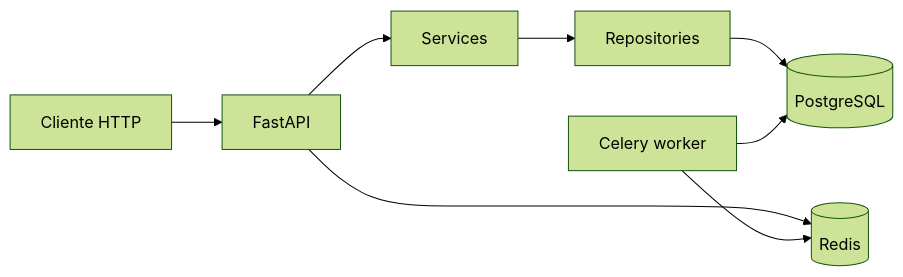
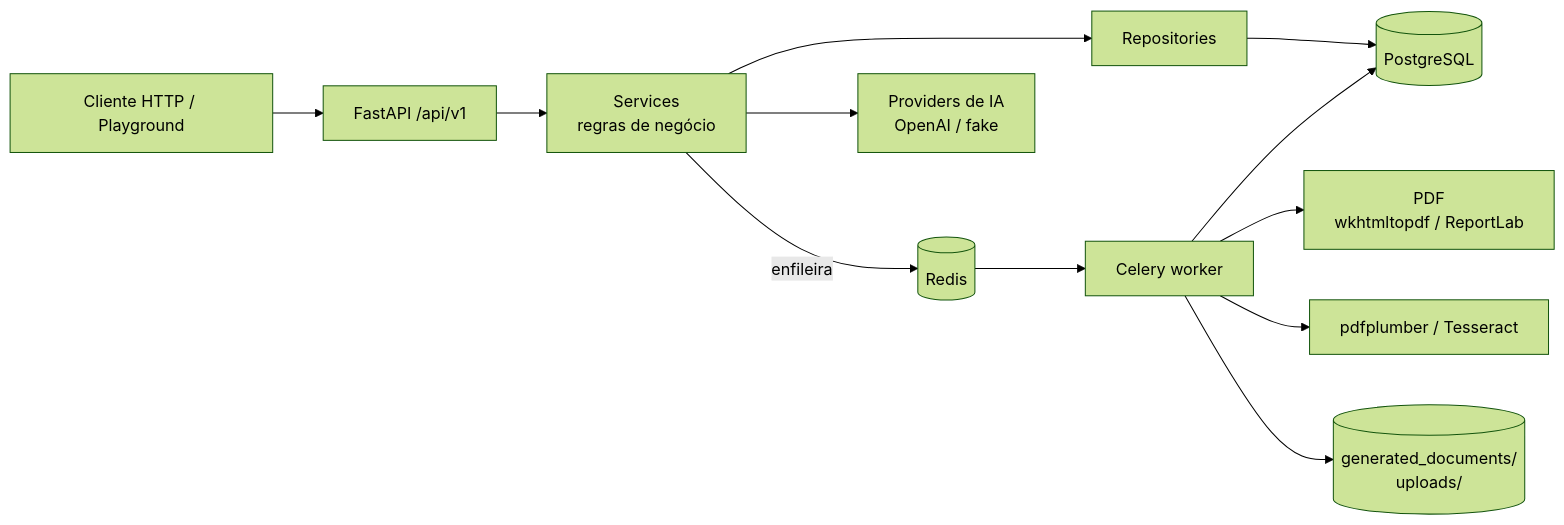
Before and after one commit to augustoemiliano/Sistema-Inteligente-de-Emissao-de-Minutas: the diagram in README.md, drawn with Mermaid (forest theme). The commit also changed other lines of this file, not shown here.

````diff
--- a/README.md
+++ b/README.md
@@ -122,10 +27,14 @@
 ```mermaid
 flowchart LR
-  Client[Cliente HTTP] --> API[FastAPI]
-  API --> SVC[Services]
+  Client[Cliente HTTP / Playground] --> API[FastAPI /api/v1]
+  API --> SVC[Services<br/>regras de negócio]
   SVC --> REPO[Repositories]
   REPO --> PG[(PostgreSQL)]
-  API --> REDIS[(Redis)]
-  Worker[Celery worker] --> REDIS
+  SVC -- enfileira --> REDIS[(Redis)]
+  REDIS --> Worker[Celery worker]
+  Worker --> PDF[PDF<br/>wkhtmltopdf / ReportLab]
+  Worker --> OCR[pdfplumber / Tesseract]
   Worker --> PG
+  Worker --> FS[(generated_documents/<br/>uploads/)]
+  SVC --> AI[Providers de IA<br/>OpenAI / fake]
 ```
````
